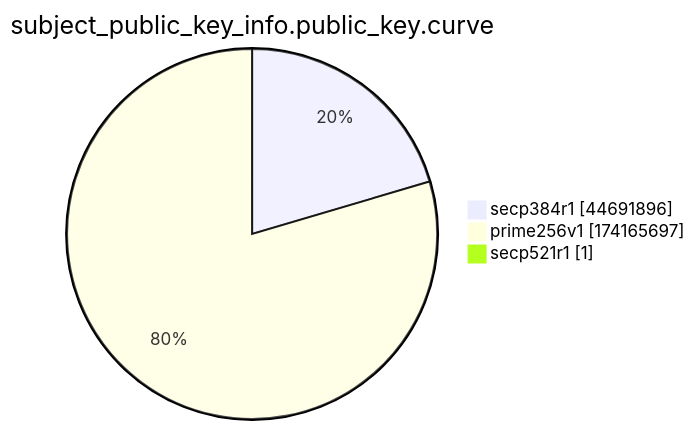
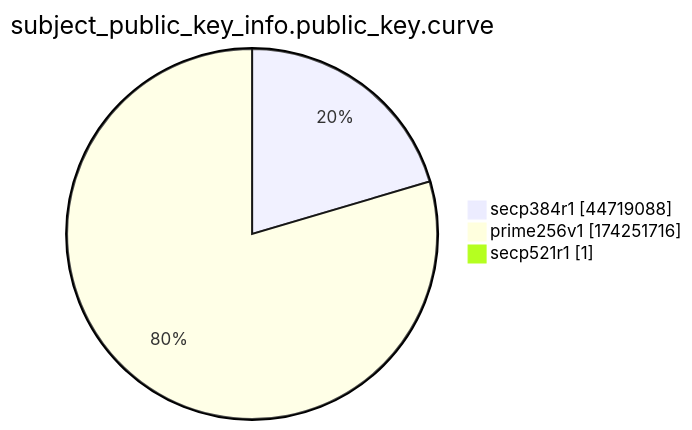
The ninth of 15 diagrams in xenon2022/README.md (christiankrug/ctmonitor_visualization), drawn with Mermaid before and after one commit. The commit also changed other lines of this file, not shown here.

````diff
--- a/xenon2022/README.md
+++ b/xenon2022/README.md
@@ -2871,7 +2871,7 @@
 ```mermaid
 pie showData
 title subject_public_key_info.public_key.curve
-"secp384r1" :44691896
-"prime256v1" :174165697
+"secp384r1" :44719088
+"prime256v1" :174251716
 "secp521r1" :1
 ```
````
